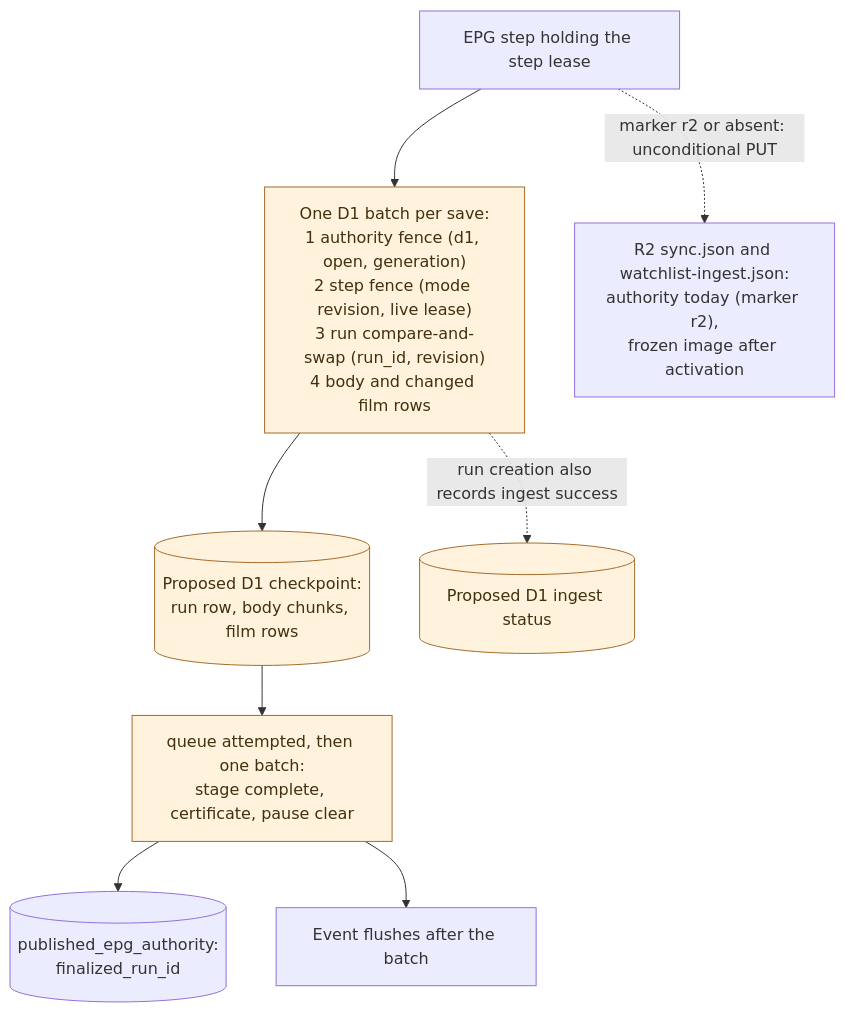
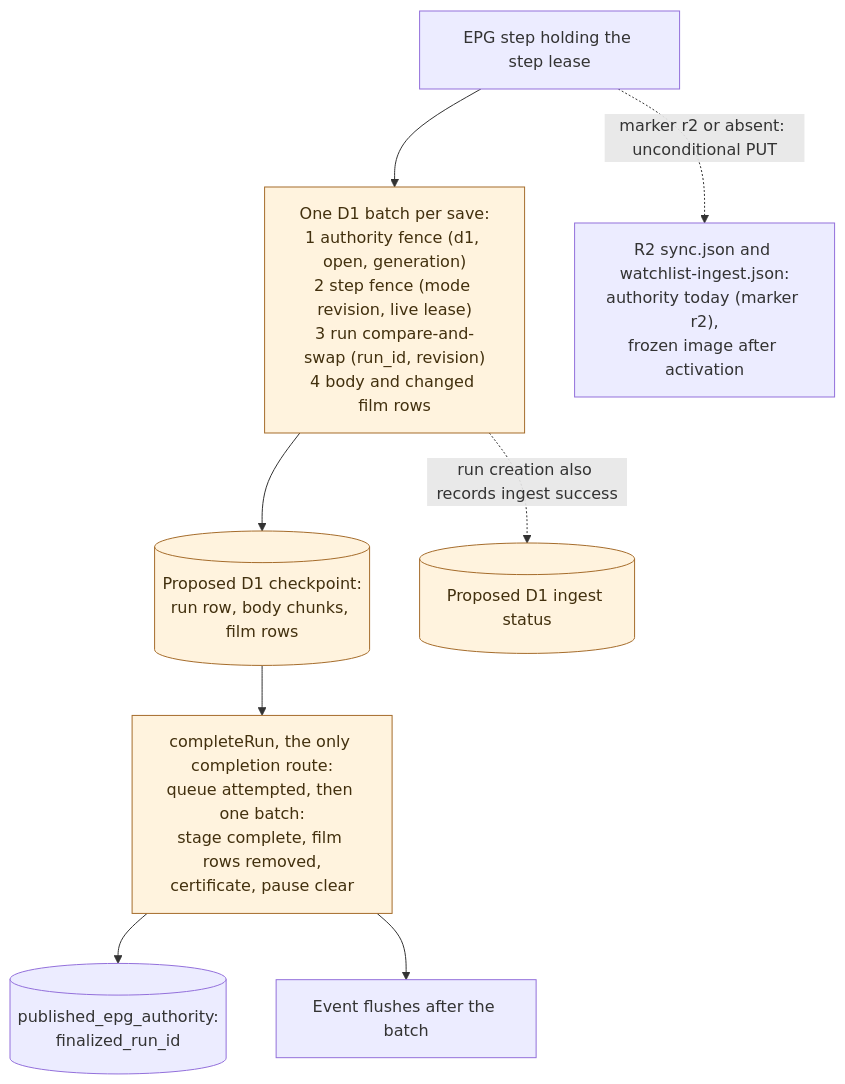
One commit to vladimino/iptv-watchlist changed the second of 5 diagrams in docs/architecture/epg-and-availability.md. Above: the diagram before and after it, drawn with Mermaid. The commit also changed other lines of this file and 4 other files, not shown here.

````diff
--- a/docs/architecture/epg-and-availability.md
+++ b/docs/architecture/epg-and-availability.md
@@ -37,18 +37,18 @@
 ```mermaid
 flowchart TD
     step["EPG step holding the step lease"]
     batch["One D1 batch per save:<br/>1 authority fence (d1, open, generation)<br/>2 step fence (mode revision, live lease)<br/>3 run compare-and-swap (run_id, revision)<br/>4 body and changed film rows"]
     run[("Proposed D1 checkpoint:<br/>run row, body chunks, film rows")]
     ingest[("Proposed D1 ingest status")]
-    done["queue attempted, then one batch:<br/>stage complete, certificate, pause clear"]
+    done["completeRun, the only completion route:<br/>queue attempted, then one batch:<br/>stage complete, film rows removed,<br/>certificate, pause clear"]
     cert[("published_epg_authority:<br/>finalized_run_id")]
     flush["Event flushes after the batch"]
     r2["R2 sync.json and watchlist-ingest.json:<br/>authority today (marker r2),<br/>frozen image after activation"]
     step --> batch --> run
     batch -.->|"run creation also records ingest success"| ingest
     run --> done --> cert
     done --> flush
     step -.->|"marker r2 or absent: unconditional PUT"| r2
     classDef proposed fill:#fff3de,stroke:#a56c2b,color:#42300e
     class batch,run,ingest,done proposed
 ```
````
